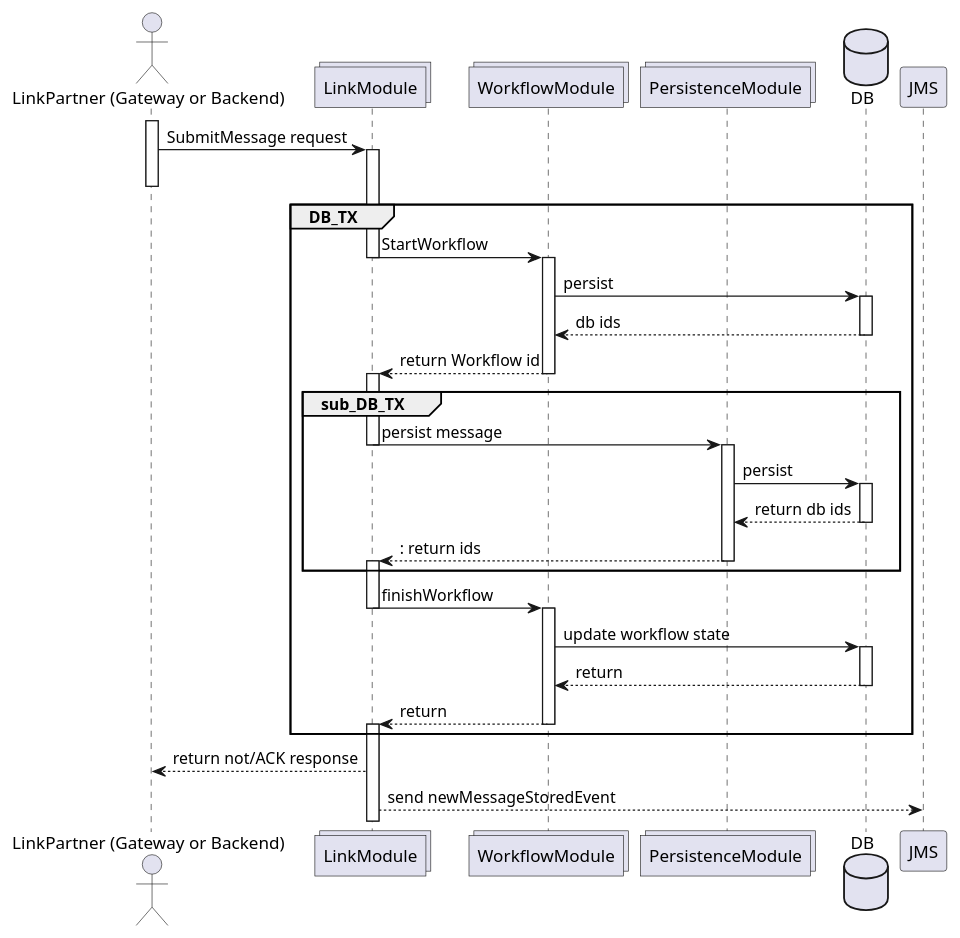
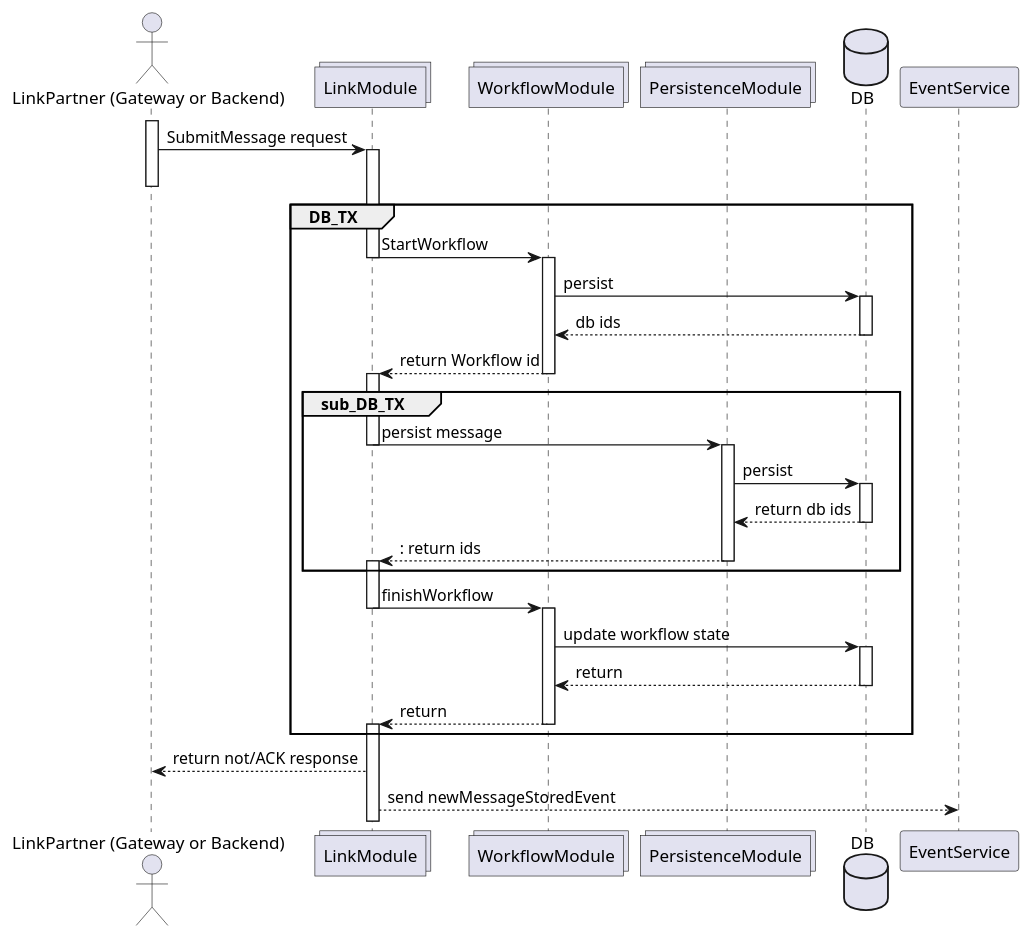
The second of 3 diagrams in domibusConnector/domibusConnectorDocumentation/src/asciidoc/doc/architecture/connector5/flows/level1/l1_message_receive.adoc (muell16/domibusConnector), drawn with PlantUML before and after one commit. The commit also changed other lines of this file and 14 other files, not shown here.

```diff
--- a/domibusConnector/domibusConnectorDocumentation/src/asciidoc/doc/architecture/connector5/flows/level1/l1_message_receive.adoc
+++ b/domibusConnector/domibusConnectorDocumentation/src/asciidoc/doc/architecture/connector5/flows/level1/l1_message_receive.adoc
@@ -118,49 +127,49 @@
 [plantuml,message_processing_sequence_diagram_overview_async,format=svg]
 ----
 @startuml
 
 
 actor "LinkPartner (Gateway or Backend)" as LP
 
 collections LinkModule
 collections WorkflowModule
 collections PersistenceModule
 
 database DB
 
 
 activate LP
 LP -> LinkModule ++: SubmitMessage request
 group DB_TX
 deactivate LP
 
 LinkModule -> WorkflowModule --++: StartWorkflow
 WorkflowModule -> DB++: persist
 DB --> WorkflowModule --: db ids
 WorkflowModule --> LinkModule --++: return Workflow id
 
 
 group sub_DB_TX
 LinkModule -> PersistenceModule --++: persist message
 PersistenceModule -> DB++: persist
 DB --> PersistenceModule --:return db ids
 PersistenceModule --> LinkModule --++:: return ids
 end
 
 
 
 
 LinkModule -> WorkflowModule --++: finishWorkflow
 WorkflowModule -> DB++: update workflow state
 DB --> WorkflowModule--: return
 WorkflowModule --> LinkModule --++: return
 
 end
 
 LinkModule --> LP: return not/ACK response
 
-LinkModule --> JMS: send newMessageStoredEvent
+LinkModule --> EventService: send newMessageStoredEvent
 
 
 @enduml
 ----
```
